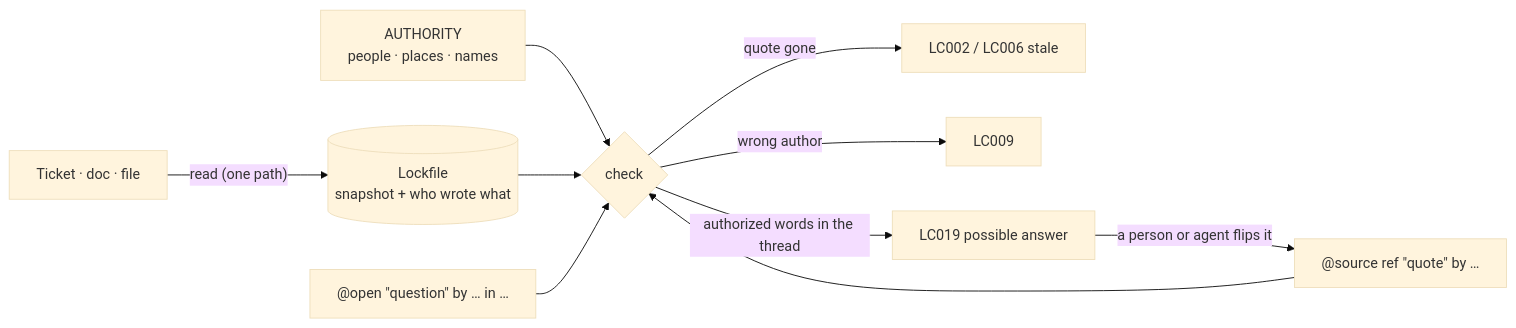
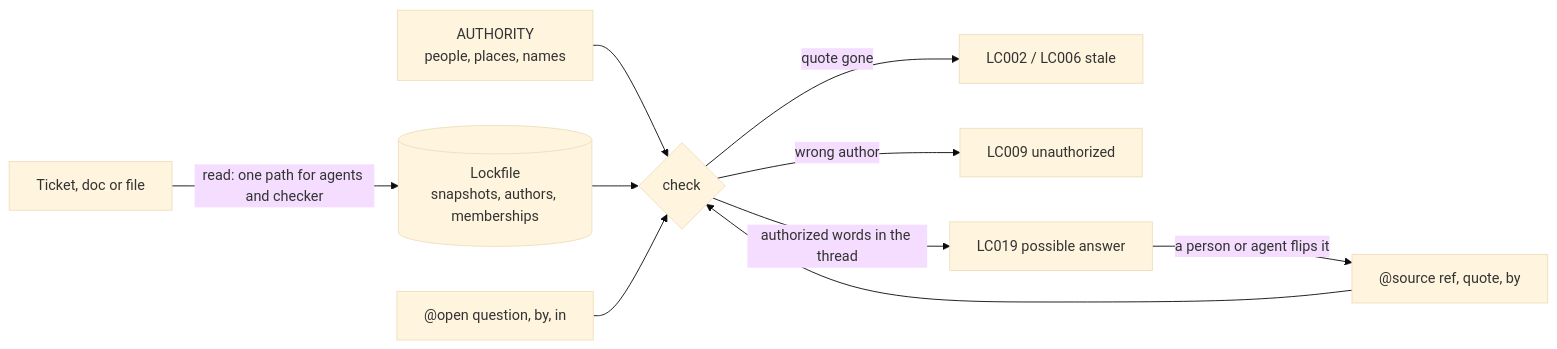
The diagram in README.md (BicameralAI/live-comments), drawn with Mermaid (base theme) before and after one commit. The commit also changed other lines of this file, not shown here.

Commit message:
README: fix Mermaid diagram; spell out what live comments keep in sync and every @open case

````diff
--- a/README.md
+++ b/README.md
@@ -97,12 +109,12 @@
 ```mermaid
 flowchart LR
-    T["Ticket · doc · file"] -->|"read (one path)"| L[("Lockfile<br/>snapshot + who wrote what")]
-    A["AUTHORITY<br/>people · places · names"] --> C
+    T["Ticket, doc or file"] -->|"read: one path for agents and checker"| L[("Lockfile<br/>snapshots, authors, memberships")]
+    A["AUTHORITY<br/>people, places, names"] --> C
     L --> C{"check"}
-    S["@source ref &quot;quote&quot; by …"] --> C
-    O["@open &quot;question&quot; by … in …"] --> C
+    S["@source ref, quote, by"] --> C
+    O["@open question, by, in"] --> C
     C -->|"quote gone"| E1["LC002 / LC006 stale"]
-    C -->|"wrong author"| E2["LC009"]
+    C -->|"wrong author"| E2["LC009 unauthorized"]
     C -->|"authorized words in the thread"| E3["LC019 possible answer"]
     E3 -->|"a person or agent flips it"| S
 ```
````
